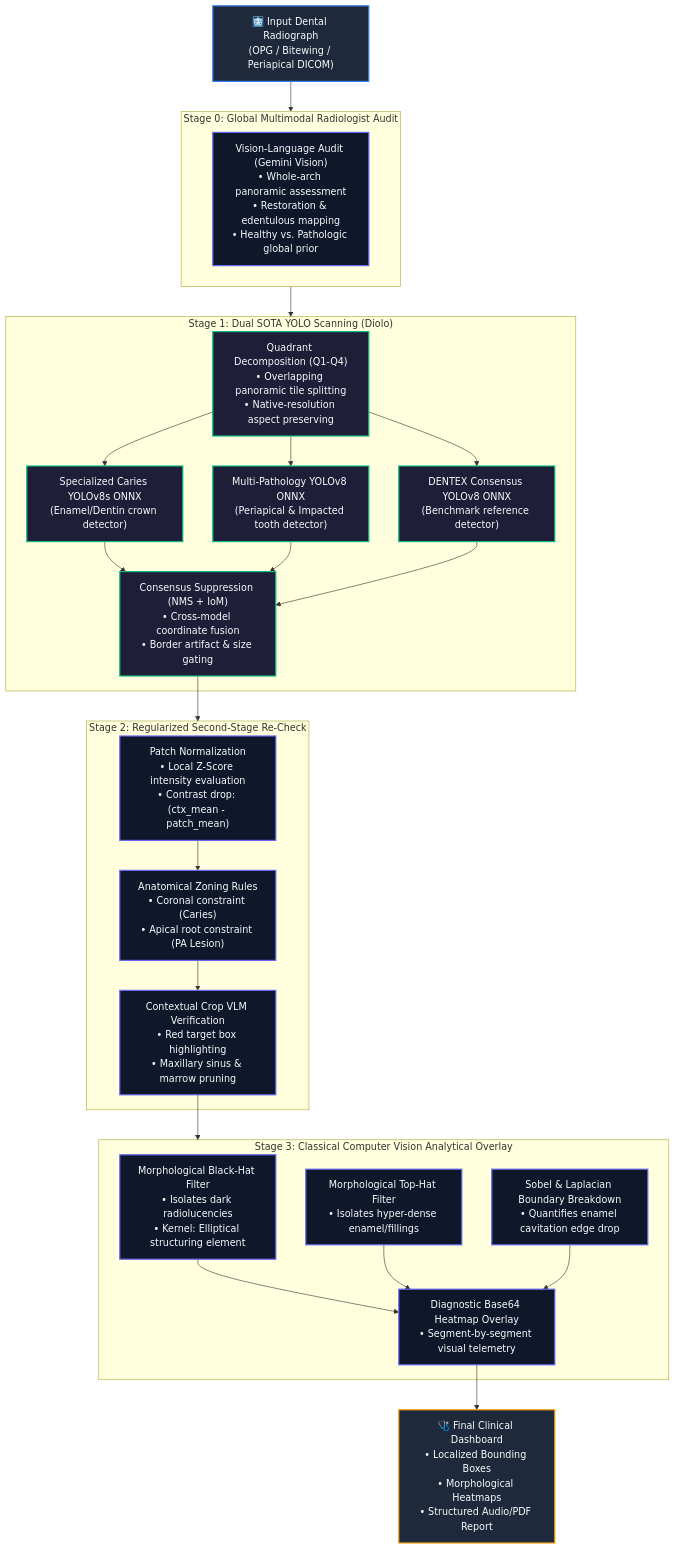
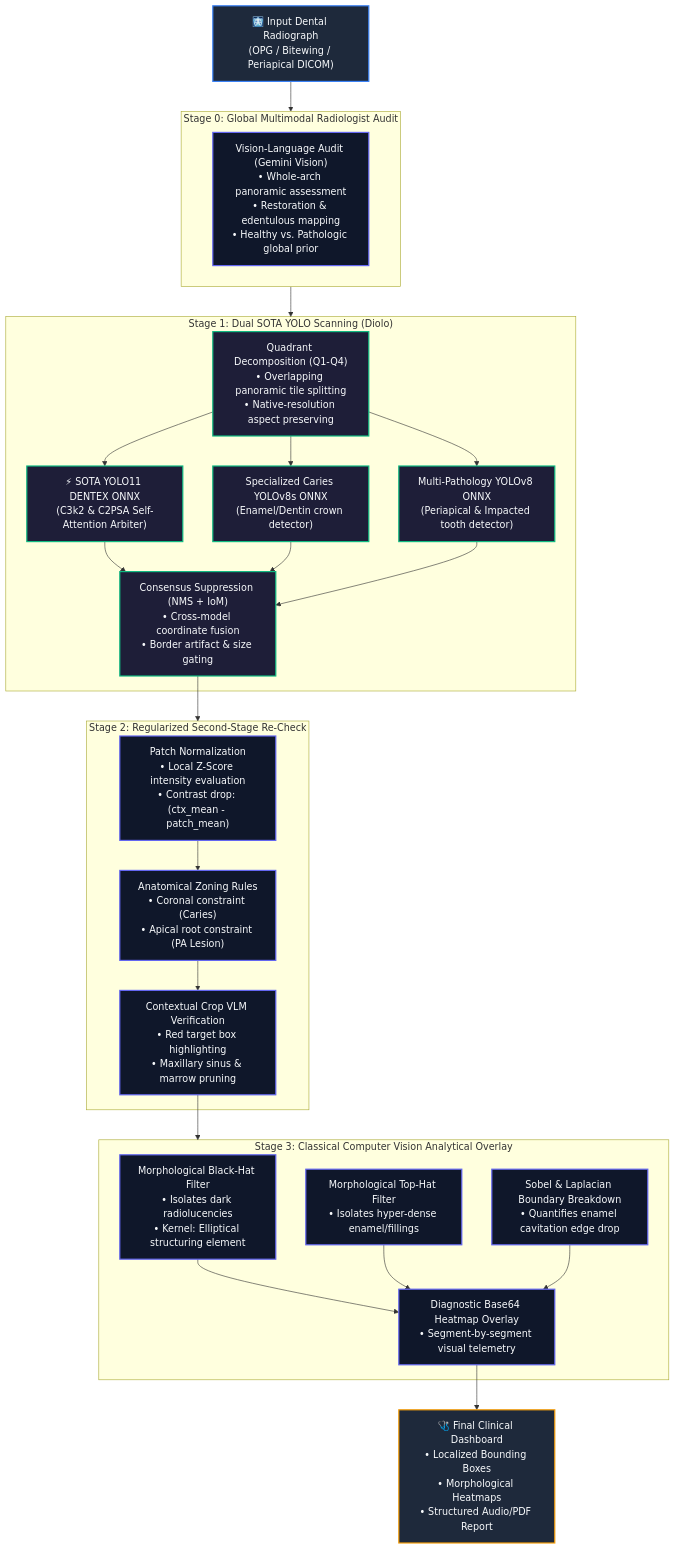
One commit to yousiff139-lang/Dental-OPG-SOTA-Architecture changed the first of 3 diagrams in README.md. Above: the diagram before and after it, drawn with Mermaid. The commit also changed other lines of this file and 4 other files, not shown here.

Commit message:
feat: upgrade to SOTA YOLO11 architecture, documentation, and empirical benchmarks

````diff
--- a/README.md
+++ b/README.md
@@ -28,46 +29,46 @@
 ```mermaid
 flowchart TD
     classDef inputStyle fill:#1e293b,stroke:#3b82f6,stroke-width:2px,color:#f8fafc;
     classDef stageStyle fill:#0f172a,stroke:#6366f1,stroke-width:2px,color:#f8fafc;
     classDef engineStyle fill:#1e1e38,stroke:#10b981,stroke-width:2px,color:#f8fafc;
     classDef outputStyle fill:#1e293b,stroke:#f59e0b,stroke-width:2px,color:#f8fafc;
 
     Input["🩻 Input Dental Radiograph<br/>(OPG / Bitewing / Periapical DICOM)"]:::inputStyle
 
     subgraph S0["Stage 0: Global Multimodal Radiologist Audit"]
         Audit["Vision-Language Audit (Gemini Vision)<br/>• Whole-arch panoramic assessment<br/>• Restoration & edentulous mapping<br/>• Healthy vs. Pathologic global prior"]:::stageStyle
     end
 
     subgraph S1["Stage 1: Dual SOTA YOLO Scanning (Diolo)"]
         Decomp["Quadrant Decomposition (Q1-Q4)<br/>• Overlapping panoramic tile splitting<br/>• Native-resolution aspect preserving"]:::engineStyle
+        YOLO11_Dentex["⚡ SOTA YOLO11 DENTEX ONNX<br/>(C3k2 & C2PSA Self-Attention Arbiter)"]:::engineStyle
         YOLO_Caries["Specialized Caries YOLOv8s ONNX<br/>(Enamel/Dentin crown detector)"]:::engineStyle
         YOLO_OPG["Multi-Pathology YOLOv8 ONNX<br/>(Periapical & Impacted tooth detector)"]:::engineStyle
-        YOLO_Dentex["DENTEX Consensus YOLOv8 ONNX<br/>(Benchmark reference detector)"]:::engineStyle
         Ensemble["Consensus Suppression (NMS + IoM)<br/>• Cross-model coordinate fusion<br/>• Border artifact & size gating"]:::engineStyle
     end
 
     subgraph S2["Stage 2: Regularized Second-Stage Re-Check"]
         PatchNorm["Patch Normalization<br/>• Local Z-Score intensity evaluation<br/>• Contrast drop: (ctx_mean - patch_mean)"]:::stageStyle
         AnatomyZoning["Anatomical Zoning Rules<br/>• Coronal constraint (Caries)<br/>• Apical root constraint (PA Lesion)"]:::stageStyle
         CropVLM["Contextual Crop VLM Verification<br/>• Red target box highlighting<br/>• Maxillary sinus & marrow pruning"]:::stageStyle
     end
 
     subgraph S3["Stage 3: Classical Computer Vision Analytical Overlay"]
         BlackHat["Morphological Black-Hat Filter<br/>• Isolates dark radiolucencies<br/>• Kernel: Elliptical structuring element"]:::stageStyle
         TopHat["Morphological Top-Hat Filter<br/>• Isolates hyper-dense enamel/fillings"]:::stageStyle
         Gradient["Sobel & Laplacian Boundary Breakdown<br/>• Quantifies enamel cavitation edge drop"]:::stageStyle
         Heatmap["Diagnostic Base64 Heatmap Overlay<br/>• Segment-by-segment visual telemetry"]:::stageStyle
     end
 
     Output["🩺 Final Clinical Dashboard<br/>• Localized Bounding Boxes<br/>• Morphological Heatmaps<br/>• Structured Audio/PDF Report"]:::outputStyle
 
     Input --> S0
     S0 --> S1
-    Decomp --> YOLO_Caries & YOLO_OPG & YOLO_Dentex
-    YOLO_Caries & YOLO_OPG & YOLO_Dentex --> Ensemble
+    Decomp --> YOLO11_Dentex & YOLO_Caries & YOLO_OPG
+    YOLO11_Dentex & YOLO_Caries & YOLO_OPG --> Ensemble
     Ensemble --> S2
     PatchNorm --> AnatomyZoning --> CropVLM
     CropVLM --> S3
     BlackHat & TopHat & Gradient --> Heatmap
     Heatmap --> Output
 ```
````
